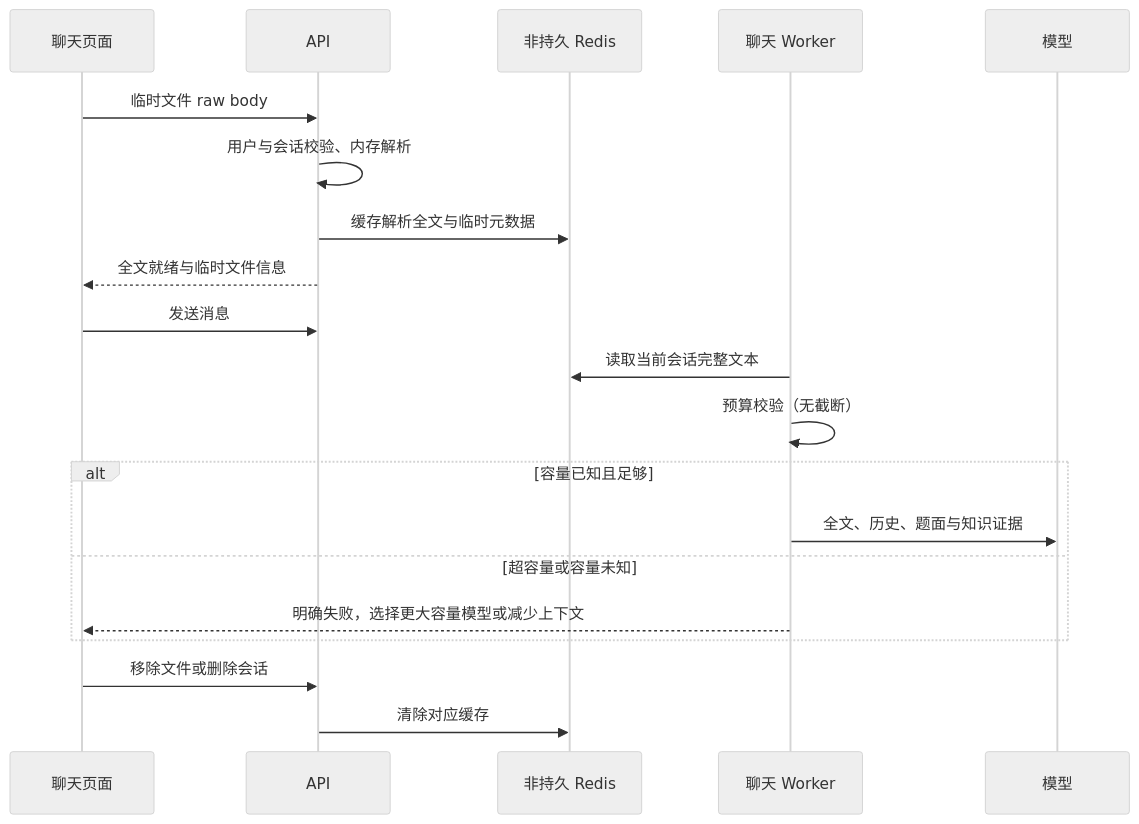
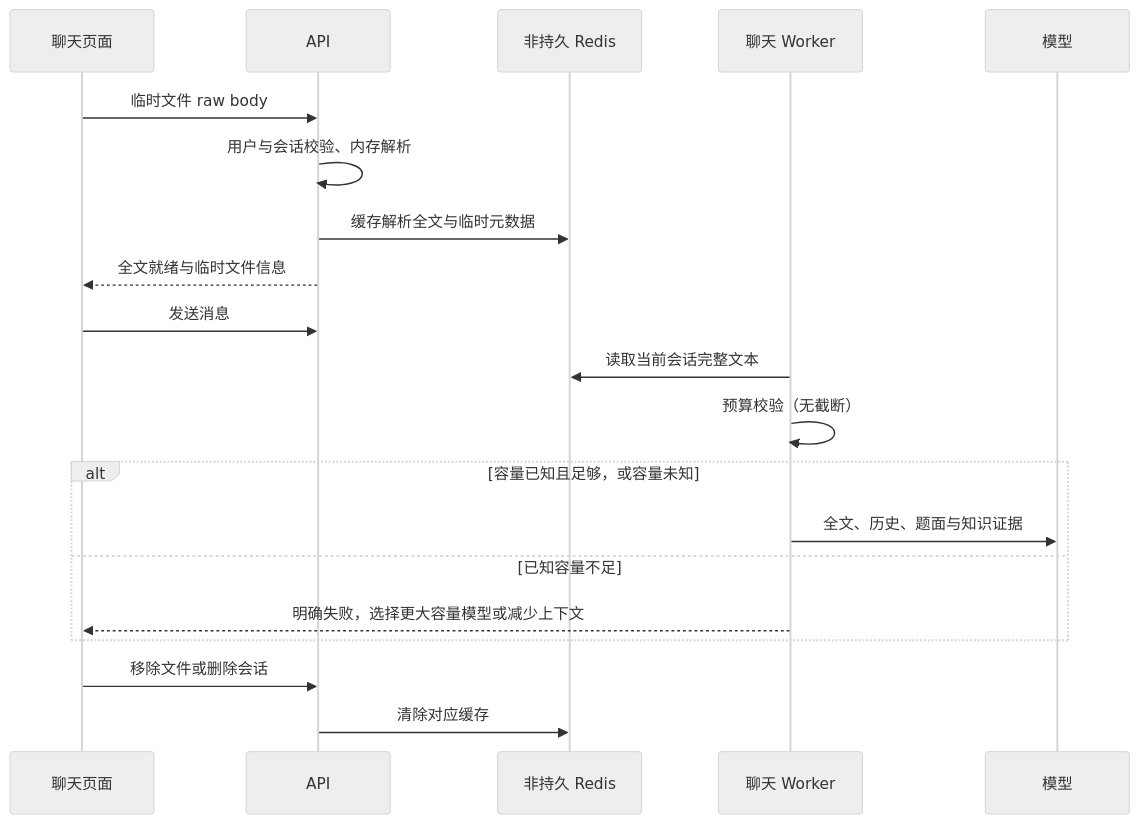
The second of 5 diagrams in docs/agent-rag-architecture.md (hezvictor/CodeAtlas), drawn with Mermaid (neutral theme) before and after one commit. The commit also changed other lines of this file and 110 other files, not shown here.

````diff
--- a/docs/agent-rag-architecture.md
+++ b/docs/agent-rag-architecture.md
@@ -61,22 +61,22 @@
 ```mermaid
 sequenceDiagram
     participant U as 聊天页面
     participant A as API
     participant R as 非持久 Redis
     participant W as 聊天 Worker
     participant M as 模型
     U->>A: 临时文件 raw body
     A->>A: 用户与会话校验、内存解析
     A->>R: 缓存解析全文与临时元数据
     A-->>U: 全文就绪与临时文件信息
     U->>A: 发送消息
     W->>R: 读取当前会话完整文本
     W->>W: 预算校验（无截断）
-    alt 容量已知且足够
+    alt 容量已知且足够，或容量未知
         W->>M: 全文、历史、题面与知识证据
-    else 超容量或容量未知
+    else 已知容量不足
         W-->>U: 明确失败，选择更大容量模型或减少上下文
     end
     U->>A: 移除文件或删除会话
     A->>R: 清除对应缓存
 ```
````
